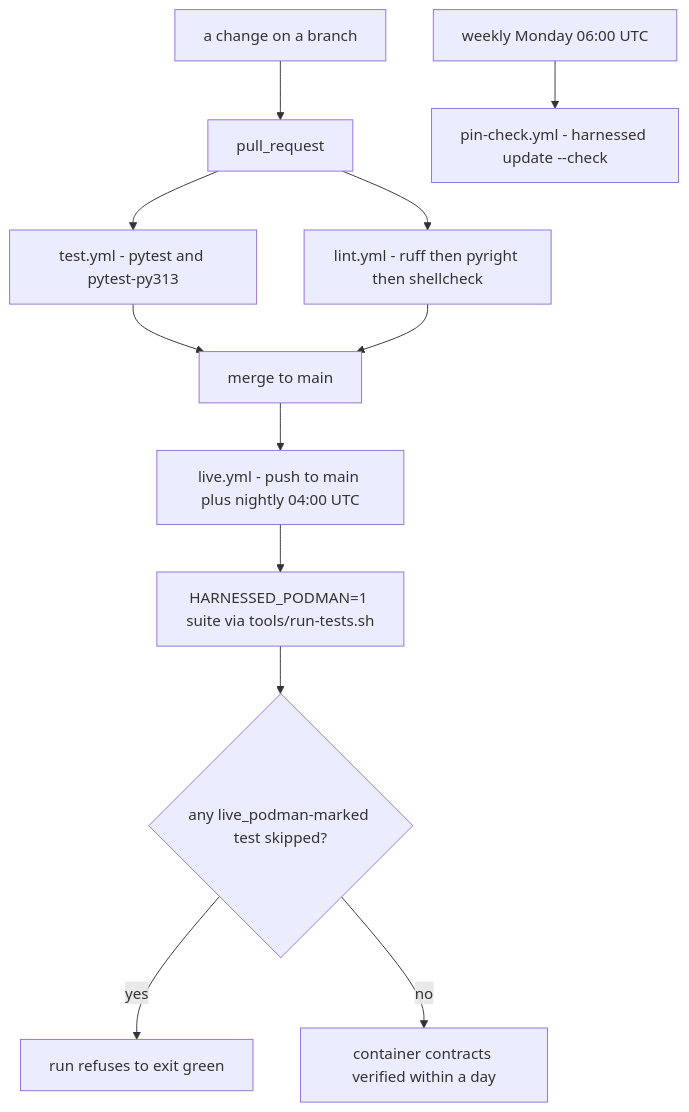
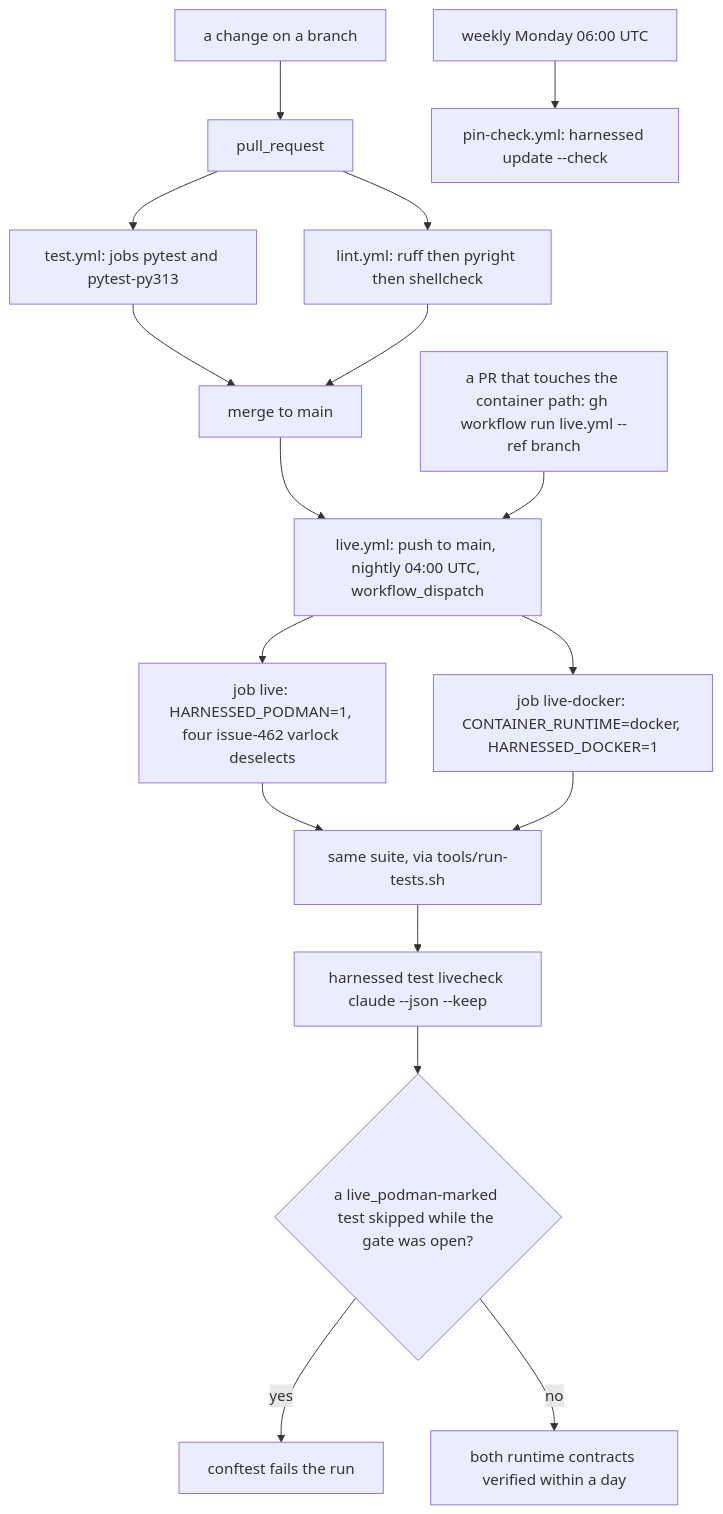
The diagram in openwiki/testing/verification-ladder.md (drmikecrowe/harnessed), drawn with Mermaid before and after one commit. The commit also changed other lines of this file and 55 other files, not shown here.

````diff
--- a/openwiki/testing/verification-ladder.md
+++ b/openwiki/testing/verification-ladder.md
@@ -88,14 +94,19 @@
 ```mermaid
 flowchart TD
     change["a change on a branch"] --> pr["pull_request"]
-    pr --> pytest["test.yml - pytest and pytest-py313"]
-    pr --> lint["lint.yml - ruff then pyright then shellcheck"]
+    pr --> pytest["test.yml: jobs pytest and pytest-py313"]
+    pr --> lint["lint.yml: ruff then pyright then shellcheck"]
     pytest --> merge["merge to main"]
     lint --> merge
-    merge --> live["live.yml - push to main plus nightly 04:00 UTC"]
-    live --> gate["HARNESSED_PODMAN=1 suite via tools/run-tests.sh"]
-    gate --> skipped{"any live_podman-marked test skipped?"}
-    skipped -->|"yes"| red["run refuses to exit green"]
-    skipped -->|"no"| oklive["container contracts verified within a day"]
-    weekly["weekly Monday 06:00 UTC"] --> pins["pin-check.yml - harnessed update --check"]
+    merge --> live["live.yml: push to main, nightly 04:00 UTC, workflow_dispatch"]
+    ondemand["a PR that touches the container path: gh workflow run live.yml --ref branch"] --> live
+    live --> pod["job live: HARNESSED_PODMAN=1, four issue-462 varlock deselects"]
+    live --> dock["job live-docker: CONTAINER_RUNTIME=docker, HARNESSED_DOCKER=1"]
+    pod --> suite["same suite, via tools/run-tests.sh"]
+    dock --> suite
+    suite --> launch["harnessed test livecheck claude --json --keep"]
+    launch --> skipped{"a live_podman-marked test skipped while the gate was open?"}
+    skipped -->|"yes"| red["conftest fails the run"]
+    skipped -->|"no"| oklive["both runtime contracts verified within a day"]
+    weekly["weekly Monday 06:00 UTC"] --> pins["pin-check.yml: harnessed update --check"]
 ```
````
